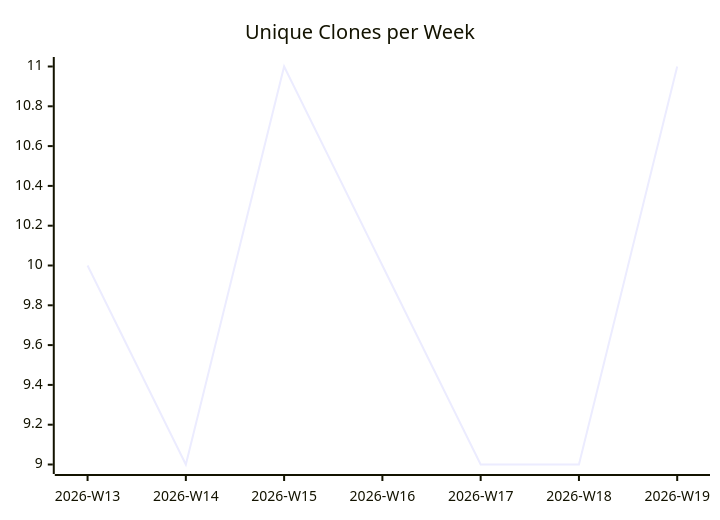
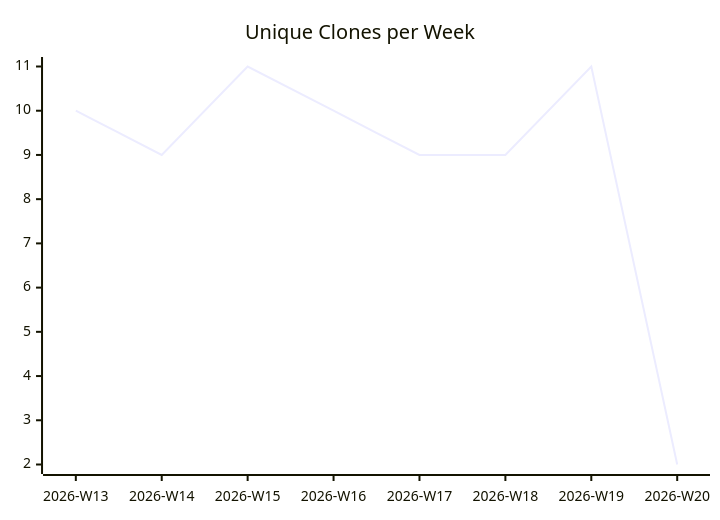
One commit to justdavis-family/github-analytics-data changed the third of 3 diagrams in karlmdavis/usgs-water-api-java/README.md. Above: the diagram before and after it, drawn with Mermaid. The commit also changed other lines of this file and 190 other files, not shown here.

````diff
--- a/karlmdavis/usgs-water-api-java/README.md
+++ b/karlmdavis/usgs-water-api-java/README.md
@@ -19,6 +19,6 @@
 ```mermaid
 xychart-beta
   title "Unique Clones per Week"
-  x-axis ["2026-W13", "2026-W14", "2026-W15", "2026-W16", "2026-W17", "2026-W18", "2026-W19"]
-  line [10, 9, 11, 10, 9, 9, 11]
+  x-axis ["2026-W13", "2026-W14", "2026-W15", "2026-W16", "2026-W17", "2026-W18", "2026-W19", "2026-W20"]
+  line [10, 9, 11, 10, 9, 9, 11, 2]
 ```
````
